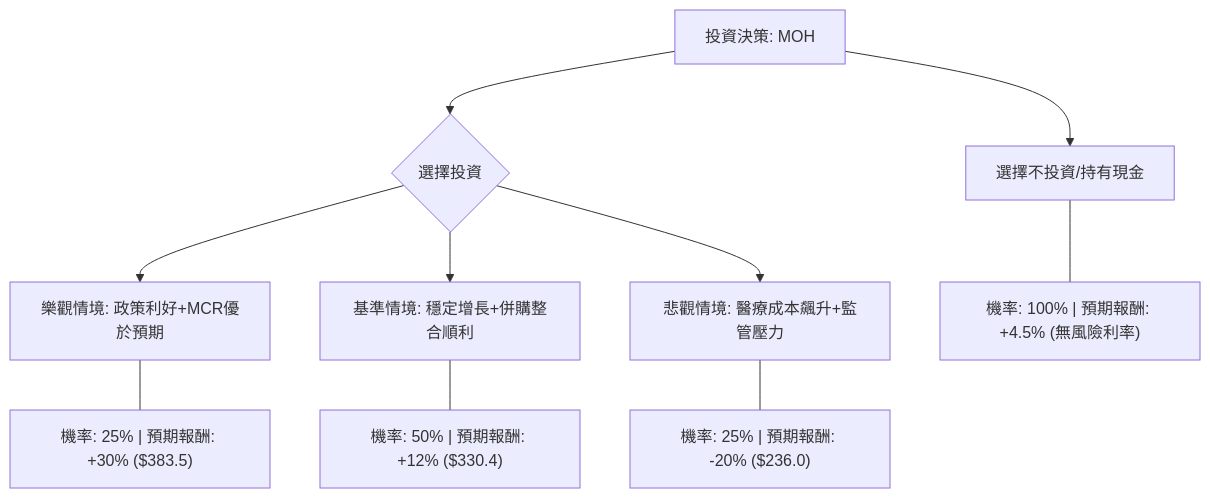
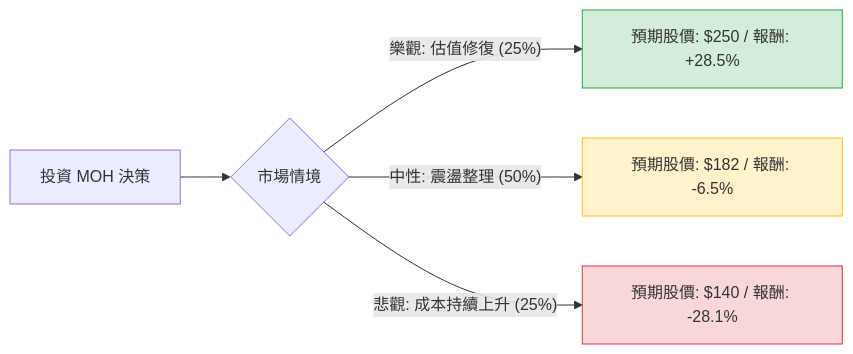
Before and after one commit to zmcx16/zmcx16.github.io: the diagram in plugin-react/ai-analysis/ev-analysis/MOH.md, drawn with Mermaid. The commit also changed other lines of this file and 77 other files, not shown here.

````diff
--- a/plugin-react/ai-analysis/ev-analysis/MOH.md
+++ b/plugin-react/ai-analysis/ev-analysis/MOH.md
@@ -23,15 +19,12 @@
 ```mermaid
-graph TD
-    A[投資決策: MOH] --> B{選擇投資}
-    A --> C[選擇不投資/持有現金]
+graph LR
+    A[投資 MOH 決策] --> B{市場情境}
     
-    B --> D[樂觀情境: 政策利好+MCR優於預期]
-    B --> E[基準情境: 穩定增長+併購整合順利]
-    B --> F[悲觀情境: 醫療成本飆升+監管壓力]
-    
-    D --- D1["機率: 25% | 預期報酬: +30% ($383.5)"]
-    E --- E1["機率: 50% | 預期報酬: +12% ($330.4)"]
-    F --- F1["機率: 25% | 預期報酬: -20% ($236.0)"]
-    
-    C --- C1["機率: 100% | 預期報酬: +4.5% (無風險利率)"]
+    B -- 樂觀: 估值修復 (25%) --> C[預期股價: $250 / 報酬: +28.5%]
+    B -- 中性: 震盪整理 (50%) --> D[預期股價: $182 / 報酬: -6.5%]
+    B -- 悲觀: 成本持續上升 (25%) --> E[預期股價: $140 / 報酬: -28.1%]
+
+    style C fill:#d4edda,stroke:#28a745
+    style D fill:#fff3cd,stroke:#ffc107
+    style E fill:#f8d7da,stroke:#dc3545
 ```
````
